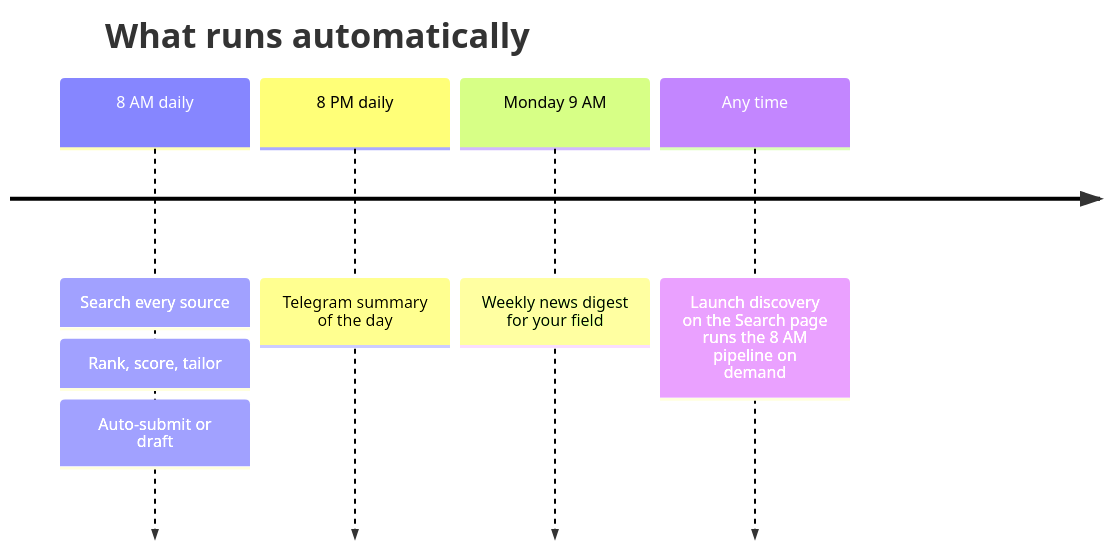
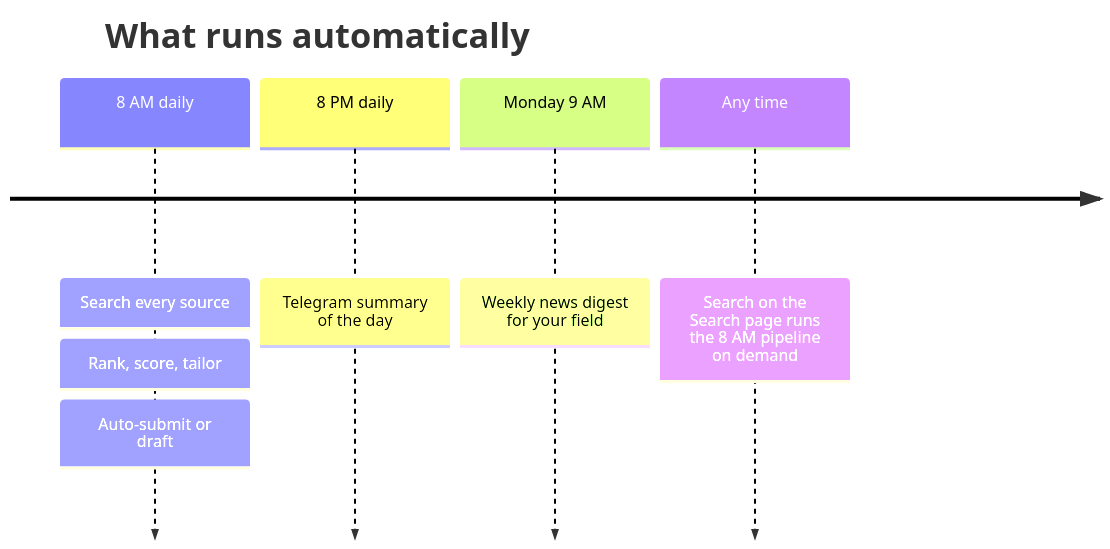
One commit to alymaklad/Saei changed the second of 10 diagrams in README.md. Above: the diagram before and after it, drawn with Mermaid. The commit also changed other lines of this file and 22 other files, not shown here.

````diff
--- a/README.md
+++ b/README.md
@@ -78,8 +78,8 @@
 ```mermaid
 timeline
     title What runs automatically
     8 AM daily : Search every source : Rank, score, tailor : Auto-submit or draft
     8 PM daily : Telegram summary of the day
     Monday 9 AM : Weekly news digest for your field
-    Any time : Launch discovery on the Search page runs the 8 AM pipeline on demand
+    Any time : Search on the Search page runs the 8 AM pipeline on demand
 ```
````
